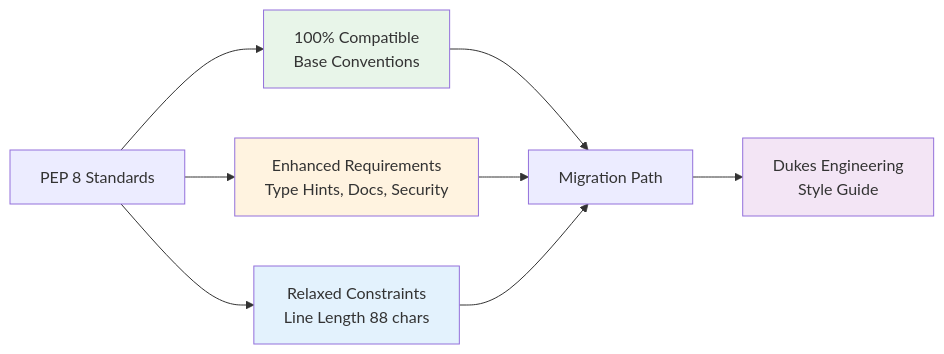
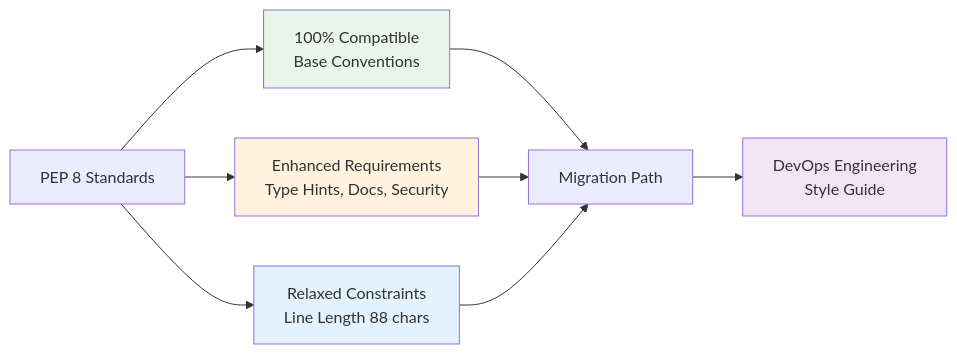
The diagram in docs/10_migration_guides/from_pep8.md (tydukes/coding-style-guide), drawn with Mermaid before and after one commit. The commit also changed other lines of this file and 5 other files, not shown here.

First line of the commit message:
docs: complete rename to DevOps Engineering Style Guide

````diff
--- a/docs/10_migration_guides/from_pep8.md
+++ b/docs/10_migration_guides/from_pep8.md
@@ -34,17 +34,17 @@
 ```mermaid
 graph LR
     PEP8[PEP 8 Standards] --> Same[100% Compatible<br/>Base Conventions]
     PEP8 --> Enhanced[Enhanced Requirements<br/>Type Hints, Docs, Security]
     PEP8 --> Relaxed[Relaxed Constraints<br/>Line Length 88 chars]
 
     Same --> Migration[Migration Path]
     Enhanced --> Migration
     Relaxed --> Migration
 
-    Migration --> DukesGuide[Dukes Engineering<br/>Style Guide]
+    Migration --> DukesGuide[DevOps Engineering<br/>Style Guide]
 
     style Same fill:#e8f5e9
     style Enhanced fill:#fff3e0
     style Relaxed fill:#e3f2fd
     style DukesGuide fill:#f3e5f5
 ```
````
